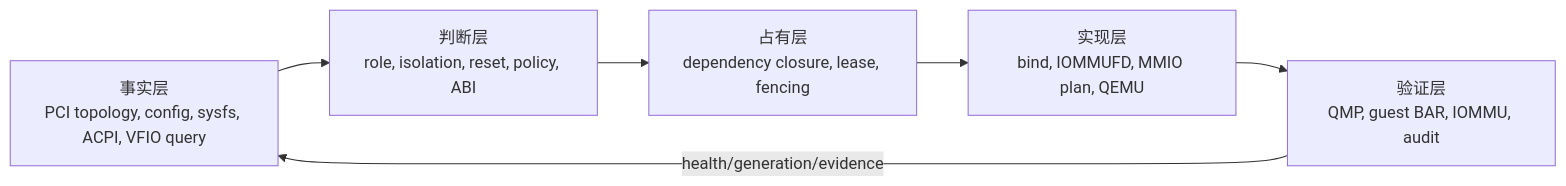
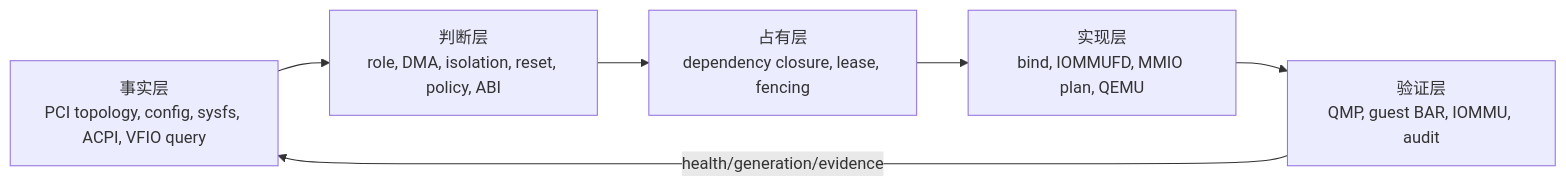
Before and after one commit to JoJoJoinme/pci-mmio-notes: the fifth of 21 diagrams in qemu-static-dynamic-directpath-design.md, drawn with Mermaid. The commit also changed other lines of this file and 23 other files, not shown here.

````diff
--- a/qemu-static-dynamic-directpath-design.md
+++ b/qemu-static-dynamic-directpath-design.md
@@ -35,11 +266,11 @@
 ```mermaid
 flowchart LR
     FACT["事实层<br/>PCI topology, config, sysfs, ACPI, VFIO query"]
-    DECIDE["判断层<br/>role, isolation, reset, policy, ABI"]
+    DECIDE["判断层<br/>role, DMA, isolation, reset, policy, ABI"]
     OWN["占有层<br/>dependency closure, lease, fencing"]
     REALIZE["实现层<br/>bind, IOMMUFD, MMIO plan, QEMU"]
     PROVE["验证层<br/>QMP, guest BAR, IOMMU, audit"]
 
     FACT --> DECIDE --> OWN --> REALIZE --> PROVE
     PROVE -- "health/generation/evidence" --> FACT
 ```
````
